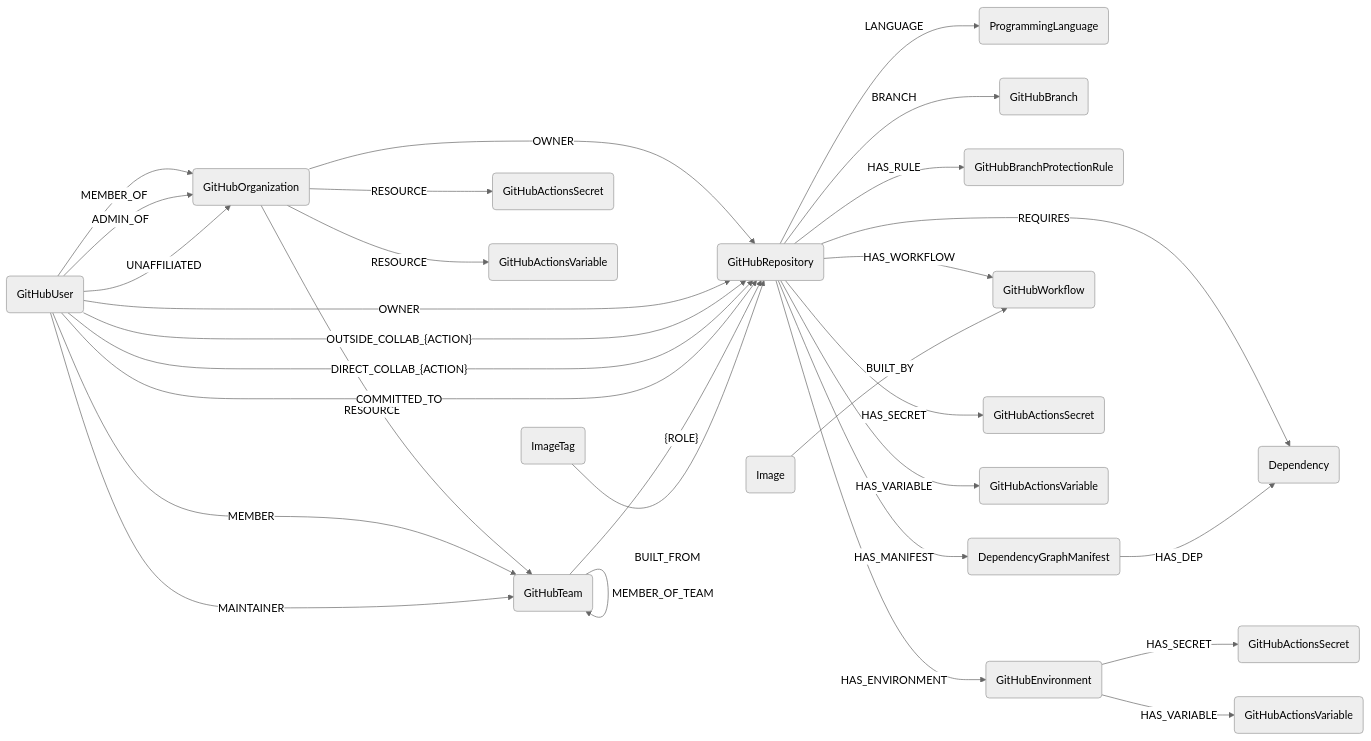
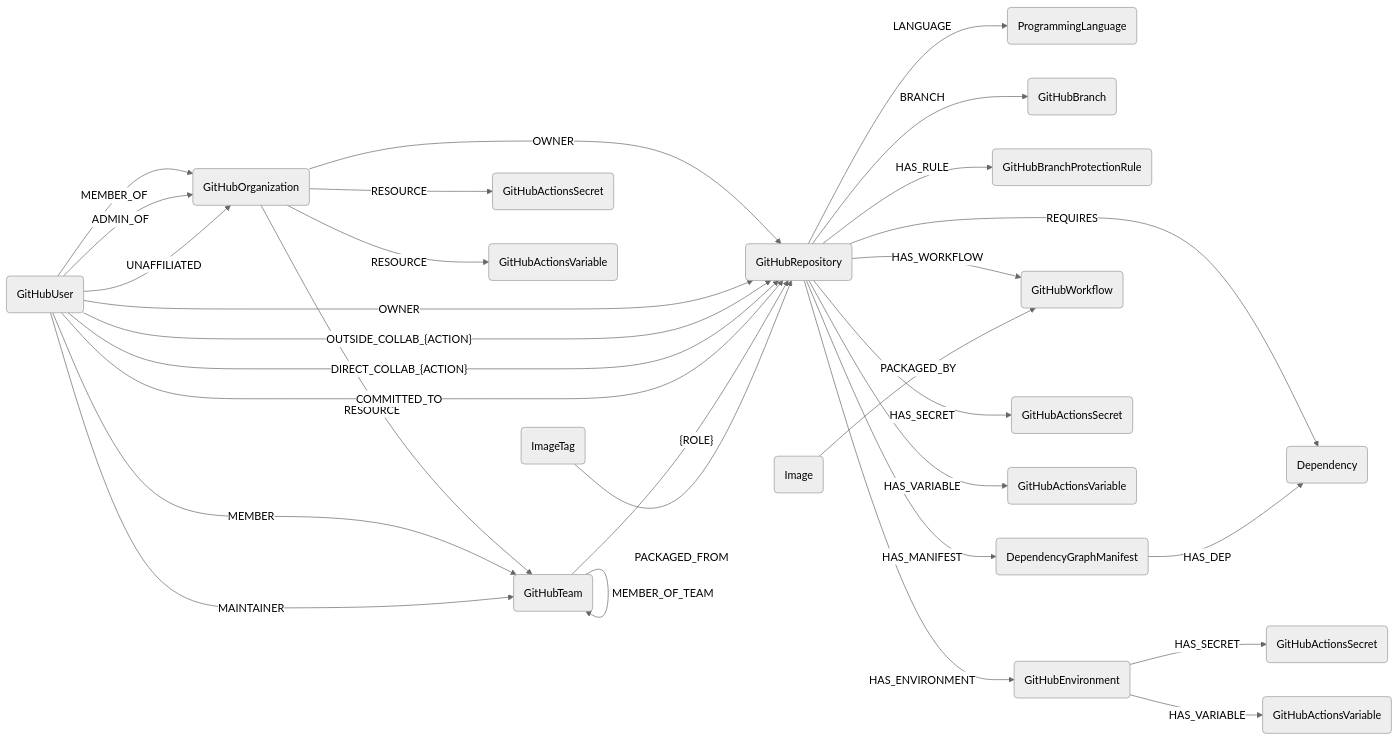
Before and after one commit to cartography-cncf/cartography: the diagram in docs/root/modules/github/schema.md, drawn with Mermaid (neutral theme). The commit also changed other lines of this file and 6 other files, not shown here.

First line of the commit message:
refactor: rename BUILT_FROM/BUILT_BY to PACKAGED_FROM/PACKAGED_BY

````diff
--- a/docs/root/modules/github/schema.md
+++ b/docs/root/modules/github/schema.md
@@ -3,33 +3,33 @@
 ```mermaid
 graph LR
 
 O(GitHubOrganization) -- OWNER --> R(GitHubRepository)
 O -- RESOURCE --> T(GitHubTeam)
 O -- RESOURCE --> OS(GitHubActionsSecret)
 O -- RESOURCE --> OV(GitHubActionsVariable)
 U(GitHubUser) -- MEMBER_OF --> O
 U -- ADMIN_OF --> O
 U -- UNAFFILIATED --> O
 U -- OWNER --> R
 U -- OUTSIDE_COLLAB_{ACTION} --> R
 U -- DIRECT_COLLAB_{ACTION} --> R
 U -- COMMITTED_TO --> R
 R -- LANGUAGE --> L(ProgrammingLanguage)
 R -- BRANCH --> B(GitHubBranch)
 R -- HAS_RULE --> BPR(GitHubBranchProtectionRule)
 R -- REQUIRES --> D(Dependency)
 R -- HAS_MANIFEST --> M(DependencyGraphManifest)
 R -- HAS_WORKFLOW --> W(GitHubWorkflow)
 R -- HAS_SECRET --> RS(GitHubActionsSecret)
 R -- HAS_VARIABLE --> RV(GitHubActionsVariable)
 R -- HAS_ENVIRONMENT --> E(GitHubEnvironment)
 E -- HAS_SECRET --> ES(GitHubActionsSecret)
 E -- HAS_VARIABLE --> EV(GitHubActionsVariable)
 M -- HAS_DEP --> D
 T -- {ROLE} --> R
 T -- MEMBER_OF_TEAM --> T
 U -- MEMBER --> T
 U -- MAINTAINER --> T
-IT(ImageTag) -- BUILT_FROM --> R
-I(Image) -- BUILT_BY --> W
+IT(ImageTag) -- PACKAGED_FROM --> R
+I(Image) -- PACKAGED_BY --> W
 ```
````
